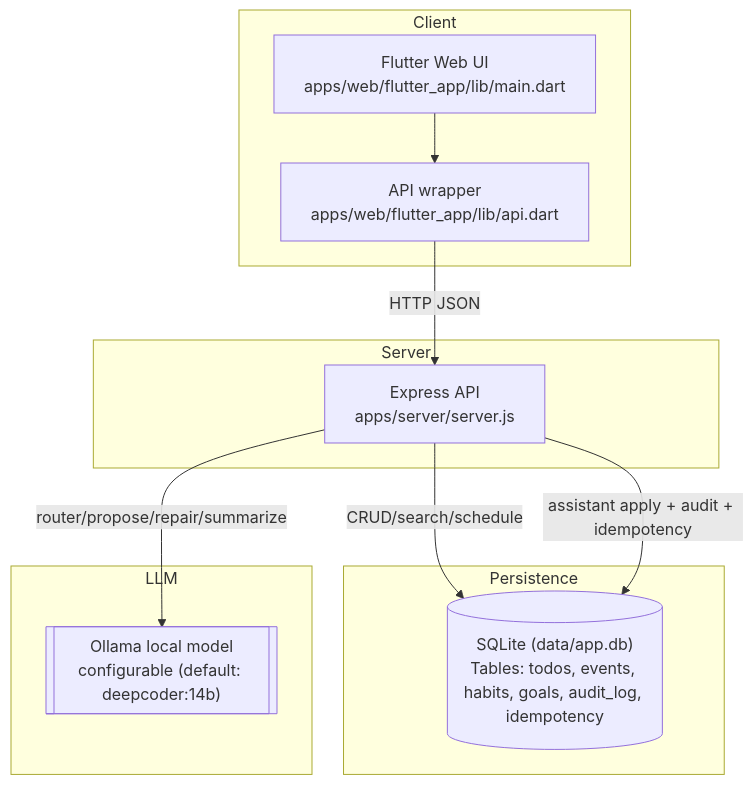
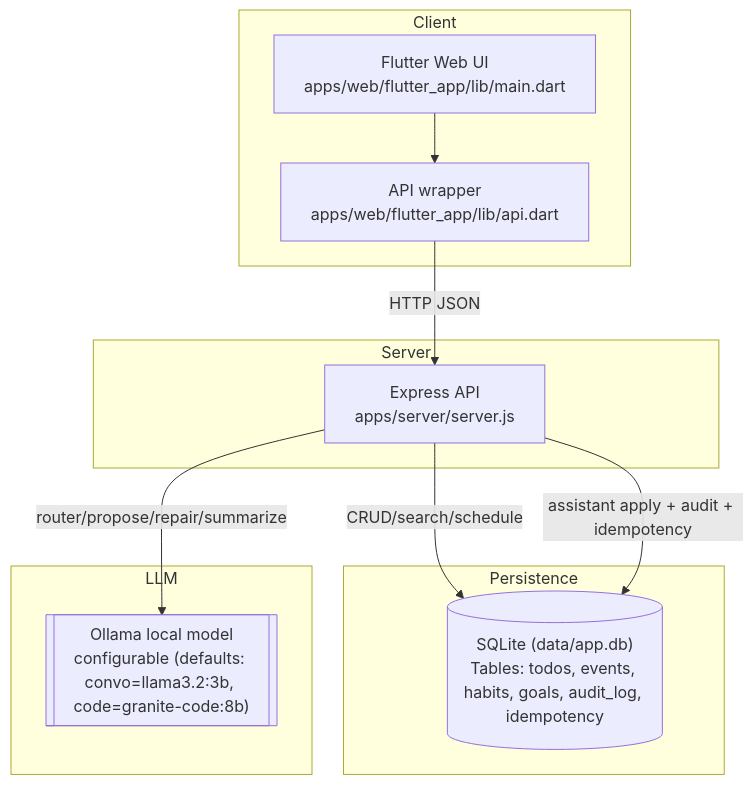
The first of 2 diagrams in docs/mindmap/README.md (dantheman454/habit_app), drawn with Mermaid before and after one commit. The commit also changed 6 other files, not shown here.

````diff
--- a/docs/mindmap/README.md
+++ b/docs/mindmap/README.md
@@ -7,22 +7,22 @@
 ```mermaid
 graph TD
   subgraph "Client"
     A["Flutter Web UI\napps/web/flutter_app/lib/main.dart"]
     A2["API wrapper\napps/web/flutter_app/lib/api.dart"]
   end
   subgraph "Server"
     B["Express API\napps/server/server.js"]
   end
   subgraph "Persistence"
     P[("SQLite (data/app.db)\nTables: todos, events, habits, goals, audit_log, idempotency")]
   end
   subgraph "LLM"
-    F[["Ollama local model\nconfigurable (default: deepcoder:14b)"]]
+    F[["Ollama local model\nconfigurable (defaults: convo=llama3.2:3b, code=granite-code:8b)"]]
   end
 
   A --> A2
   A2 -->|"HTTP JSON"| B
   B -->|"CRUD/search/schedule"| P
   B -->|"assistant apply + audit + idempotency"| P
   B -->|"router/propose/repair/summarize"| F
 ```
````
